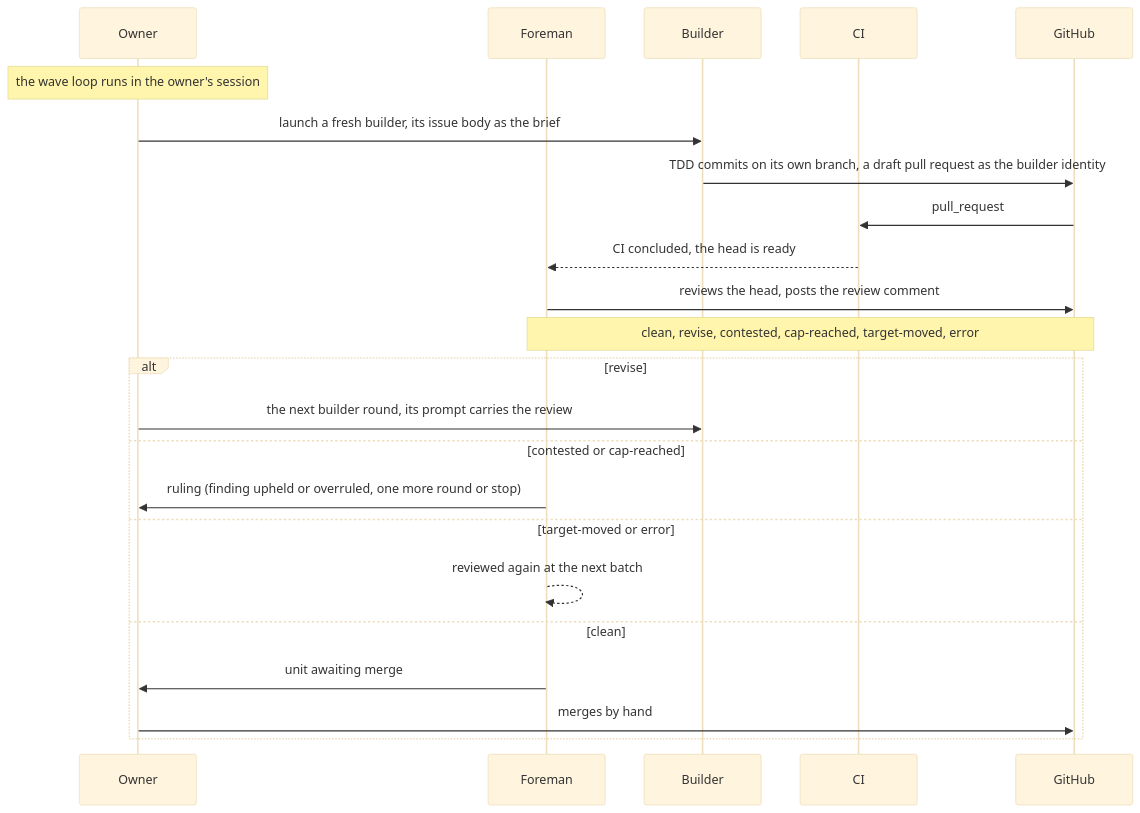
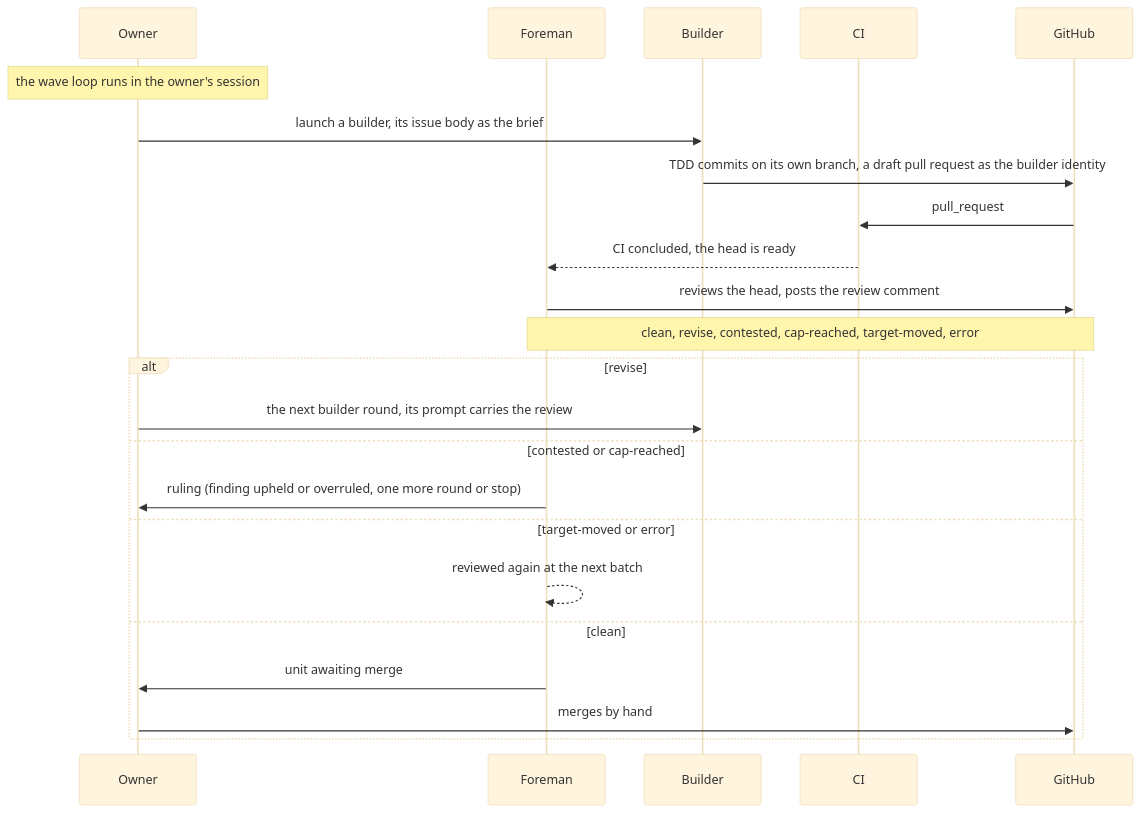
Before and after one commit to gsVAM/SuperEGM: the third of 3 diagrams in README.md, drawn with Mermaid (base theme). The commit also changed other lines of this file and 4 other files, not shown here.

````diff
--- a/README.md
+++ b/README.md
@@ -281,25 +281,25 @@
 ```mermaid
 sequenceDiagram
   participant O as Owner
   participant F as Foreman
   participant B as Builder
   participant CI
   participant G as GitHub
   Note over O: the wave loop runs in the owner's session
-  O->>B: launch a fresh builder, its issue body as the brief
+  O->>B: launch a builder, its issue body as the brief
   B->>G: TDD commits on its own branch, a draft pull request as the builder identity
   G->>CI: pull_request
   CI-->>F: CI concluded, the head is ready
   F->>G: reviews the head, posts the review comment
   Note over F,G: clean, revise, contested, cap-reached, target-moved, error
   alt revise
     O->>B: the next builder round, its prompt carries the review
   else contested or cap-reached
     F->>O: ruling (finding upheld or overruled, one more round or stop)
   else target-moved or error
     F-->>F: reviewed again at the next batch
   else clean
     F->>O: unit awaiting merge
     O->>G: merges by hand
   end
 ```
````
